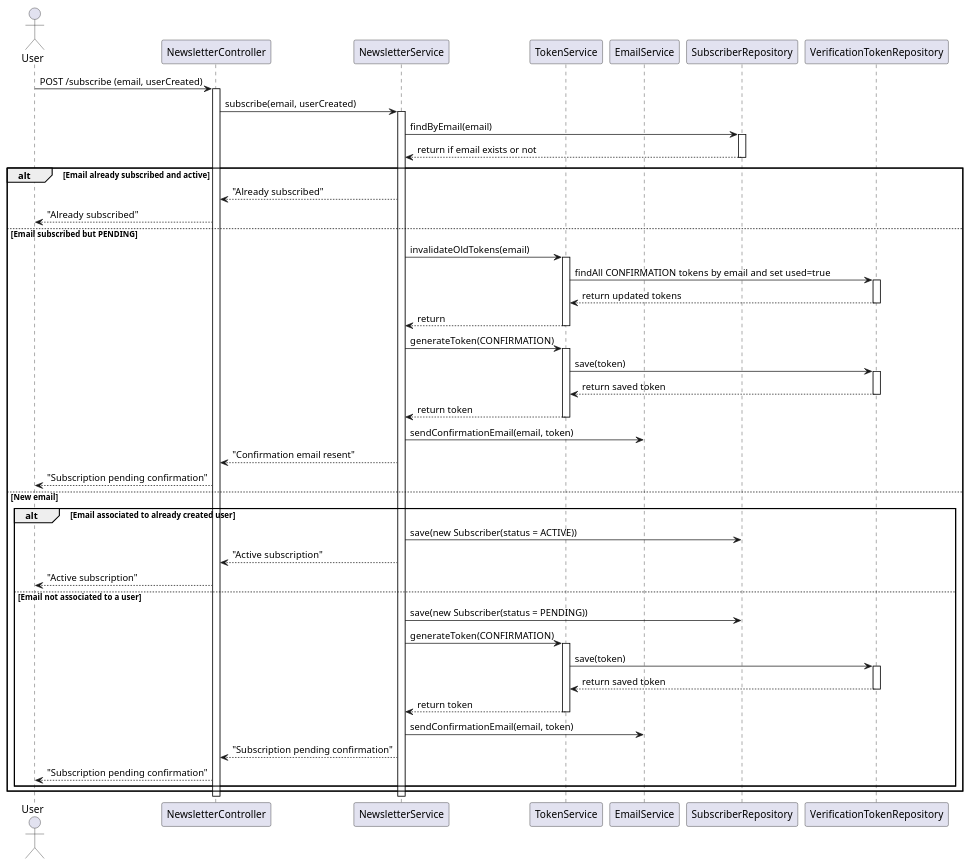
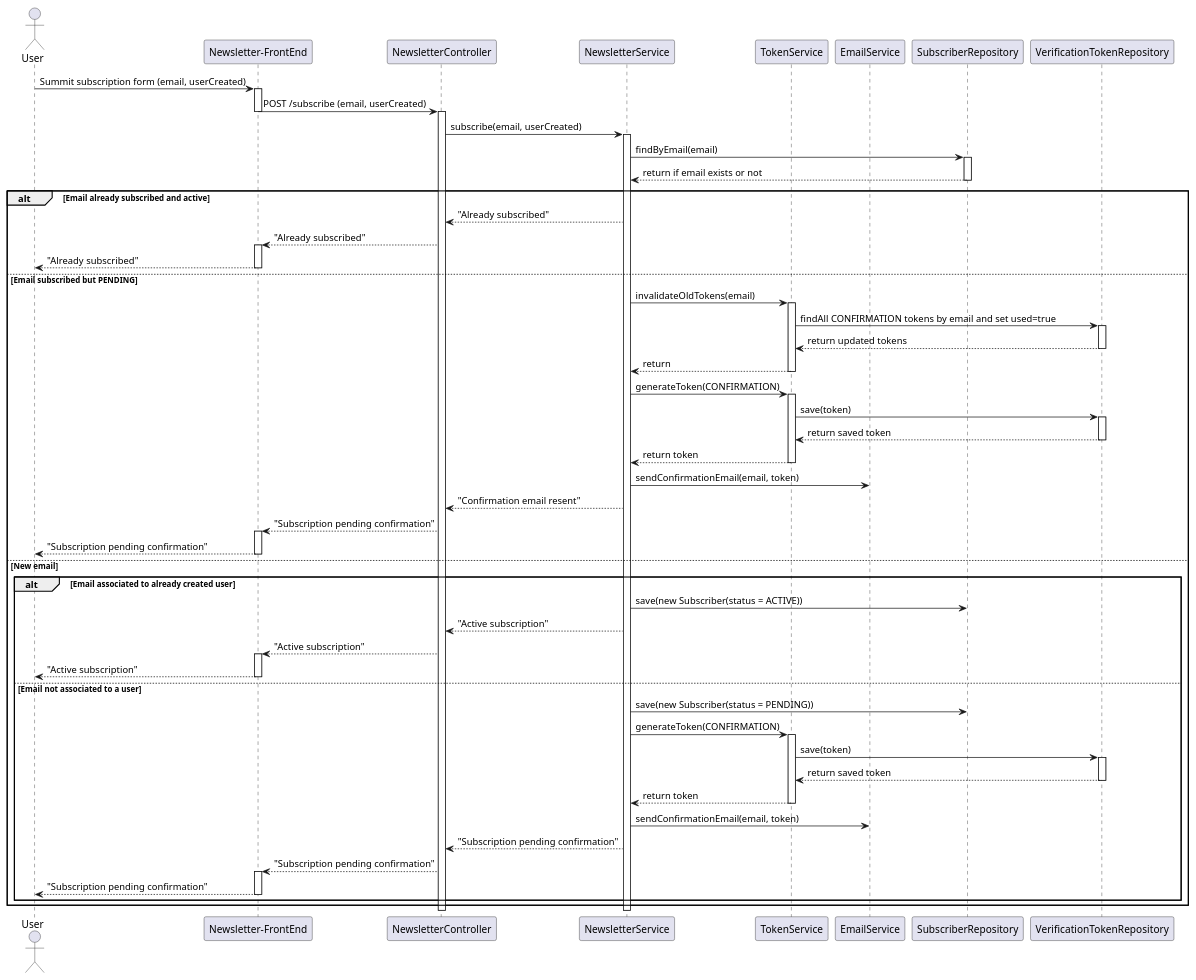
The diagram in plantUML/subscribe_sequence_diagram.puml (raullopezpenalva/Newsletter-Service), drawn with PlantUML before and after one commit. The commit also changed 21 other files, not shown here.

```diff
--- a/plantUML/subscribe_sequence_diagram.puml
+++ b/plantUML/subscribe_sequence_diagram.puml
@@ -1,70 +1,86 @@
 @startuml subscribe_sequence_diagram
 actor User
 
+participant "Newsletter-FrontEnd" as Frontend
 participant "NewsletterController" as Controller
 participant "NewsletterService" as Service
 participant "TokenService" as TokenService
 participant "EmailService" as EmailService
 participant "SubscriberRepository" as Repo
 participant "VerificationTokenRepository" as TokenRepo
 
-User -> Controller : POST /subscribe (email, userCreated)
+User -> Frontend : Summit subscription form (email, userCreated)
+activate Frontend
+Frontend -> Controller : POST /subscribe (email, userCreated)
+deactivate Frontend
 
 activate Controller
 Controller -> Service : subscribe(email, userCreated)
 activate Service
 
 Service -> Repo : findByEmail(email)
 activate Repo
 Repo --> Service : return if email exists or not
 deactivate Repo
 
 alt Email already subscribed and active
     Service --> Controller : "Already subscribed"
-    Controller --> User : "Already subscribed"
+    Controller --> Frontend : "Already subscribed"
+    activate Frontend
+    Frontend --> User : "Already subscribed"
+    deactivate Frontend
 else Email subscribed but PENDING
     Service -> TokenService : invalidateOldTokens(email)
     activate TokenService
     TokenService -> TokenRepo : findAll CONFIRMATION tokens by email and set used=true
     activate TokenRepo
     TokenRepo --> TokenService : return updated tokens
     deactivate TokenRepo
     TokenService --> Service : return
     deactivate TokenService
     Service -> TokenService : generateToken(CONFIRMATION)
     activate TokenService
     TokenService -> TokenRepo : save(token)
     activate TokenRepo
     TokenRepo --> TokenService : return saved token
     deactivate TokenRepo
     TokenService --> Service : return token
     deactivate TokenService
     Service -> EmailService : sendConfirmationEmail(email, token)
     Service --> Controller : "Confirmation email resent"
-    Controller --> User : "Subscription pending confirmation"
+    Controller --> Frontend : "Subscription pending confirmation"
+    activate Frontend
+    Frontend --> User : "Subscription pending confirmation"
+    deactivate Frontend
 else New email
     alt Email associated to already created user
     Service -> Repo : save(new Subscriber(status = ACTIVE))
     Service --> Controller : "Active subscription"
-    Controller --> User : "Active subscription"
+    Controller --> Frontend : "Active subscription"
+    activate Frontend
+    Frontend --> User : "Active subscription"
+    deactivate Frontend
 
     else Email not associated to a user
     Service -> Repo : save(new Subscriber(status = PENDING))
     Service -> TokenService : generateToken(CONFIRMATION)
     activate TokenService
     TokenService -> TokenRepo : save(token)
     activate TokenRepo
     TokenRepo --> TokenService : return saved token
     deactivate TokenRepo
     TokenService --> Service : return token
     deactivate TokenService
     Service -> EmailService : sendConfirmationEmail(email, token)
     Service --> Controller : "Subscription pending confirmation"
-    Controller --> User : "Subscription pending confirmation"
+    Controller --> Frontend : "Subscription pending confirmation"
+    activate Frontend
+    Frontend --> User : "Subscription pending confirmation"
+    deactivate Frontend
     end
 end
 
 deactivate Service
 deactivate Controller
 
 @enduml
```
